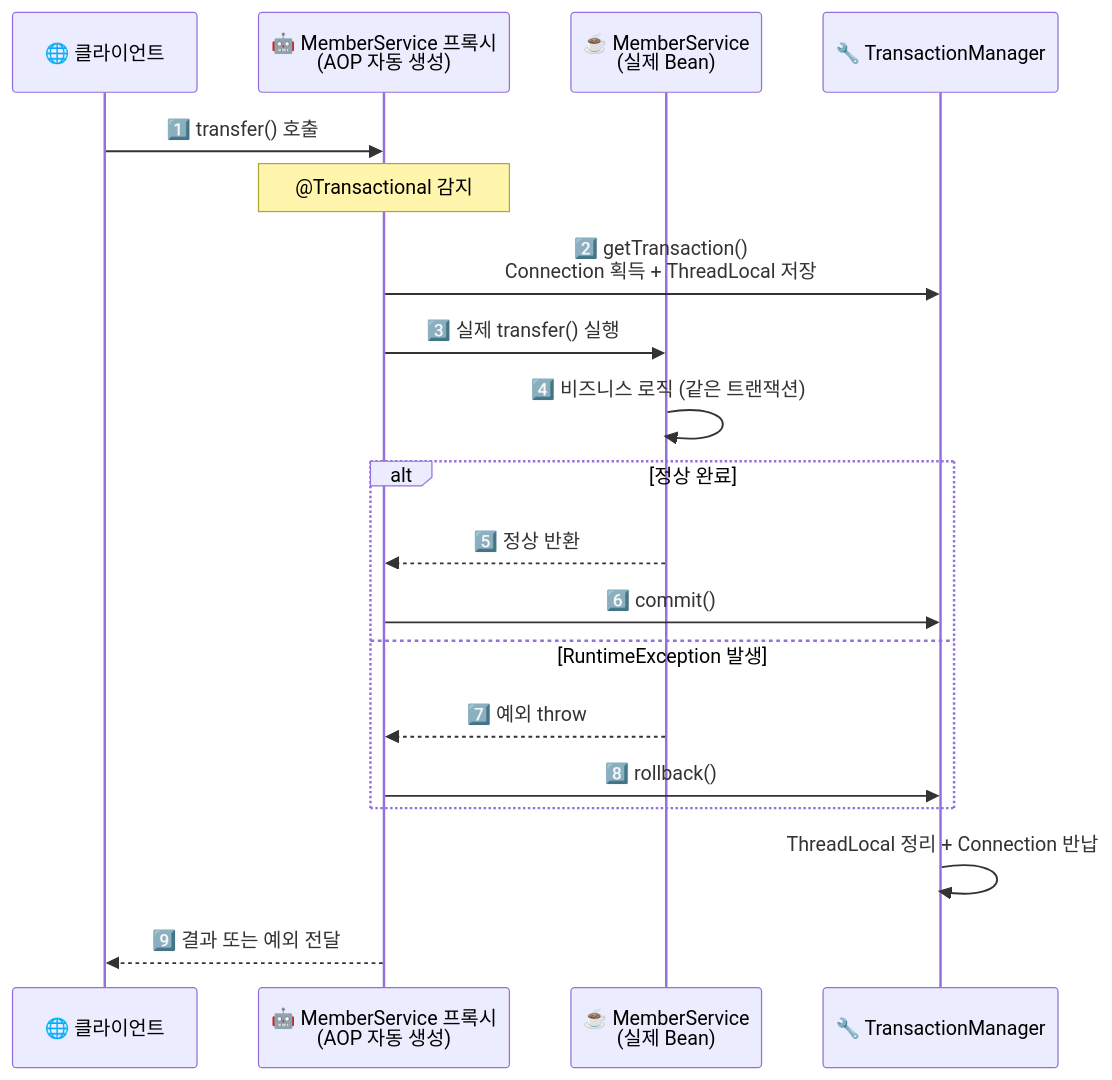
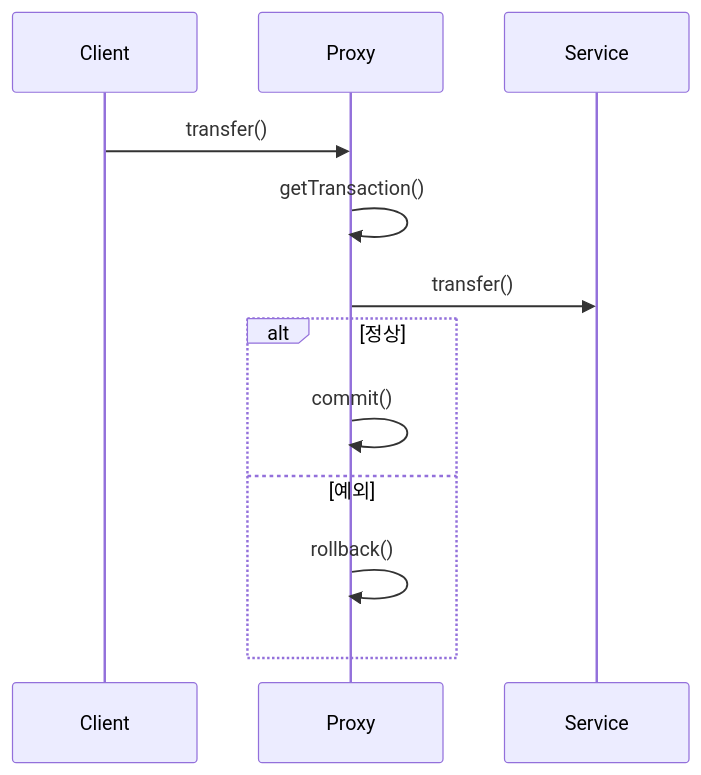
Before and after one commit to yjkim2015/yjkim2015.github.io: the seventh of 11 diagrams in _posts/spring/2026-05-02-spring-db-1.md, drawn with Mermaid. The commit also changed other lines of this file and 215 other files, not shown here.

First line of the commit message:
신규 포스트 10개 추가 + Mermaid 전면 축소 + SystemDesign 시리즈 보강

````diff
--- a/_posts/spring/2026-05-02-spring-db-1.md
+++ b/_posts/spring/2026-05-02-spring-db-1.md
@@ -452,24 +375,14 @@
 ```mermaid
 sequenceDiagram
-    participant C as 🌐 클라이언트
-    participant P as 🤖 MemberService 프록시<br>(AOP 자동 생성)
-    participant S as ☕ MemberService<br>(실제 Bean)
-    participant TM as 🔧 TransactionManager
-
-    C->>P: 1️⃣ transfer() 호출
-    Note over P: @Transactional 감지
-    P->>TM: 2️⃣ getTransaction()<br>Connection 획득 + ThreadLocal 저장
-    P->>S: 3️⃣ 실제 transfer() 실행
-    S->>S: 4️⃣ 비즈니스 로직 (같은 트랜잭션)
-
-    alt 정상 완료
-        S-->>P: 5️⃣ 정상 반환
-        P->>TM: 6️⃣ commit()
-    else RuntimeException 발생
-        S-->>P: 7️⃣ 예외 throw
-        P->>TM: 8️⃣ rollback()
+    participant C as Client
+    participant P as Proxy
+    participant S as Service
+    C->>P: transfer()
+    P->>P: getTransaction()
+    P->>S: transfer()
+    alt 정상
+        P->>P: commit()
+    else 예외
+        P->>P: rollback()
     end
-
-    TM->>TM: ThreadLocal 정리 + Connection 반납
-    P-->>C: 9️⃣ 결과 또는 예외 전달
 ```
````
